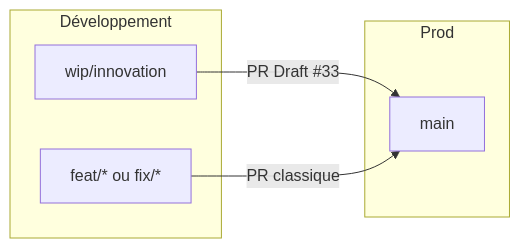
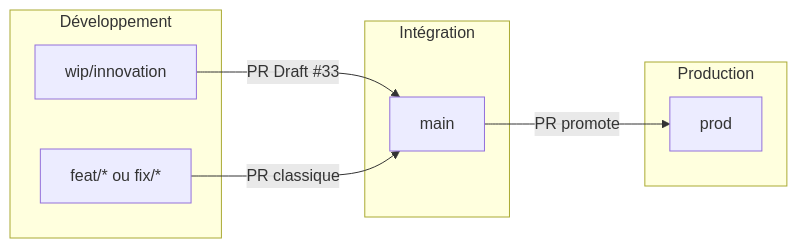
Before and after one commit to presidentaxel/Axeljob: the diagram in docs/git-workflow.md, drawn with Mermaid. The commit also changed other lines of this file and 13 other files, not shown here.

First line of the commit message:
docs(AXE-319): figer Option C — main intégration, prod production

````diff
--- a/docs/git-workflow.md
+++ b/docs/git-workflow.md
@@ -7,12 +9,16 @@
 ```mermaid
 flowchart LR
-  subgraph prod["Prod"]
+  subgraph integration["Intégration"]
     main["main"]
+  end
+  subgraph production["Production"]
+    prod["prod"]
   end
   subgraph dev["Développement"]
     wip["wip/innovation"]
     feat["feat/* ou fix/*"]
   end
   wip -->|"PR Draft #33"| main
   feat -->|"PR classique"| main
+  main -->|"PR promote"| prod
 ```
````
